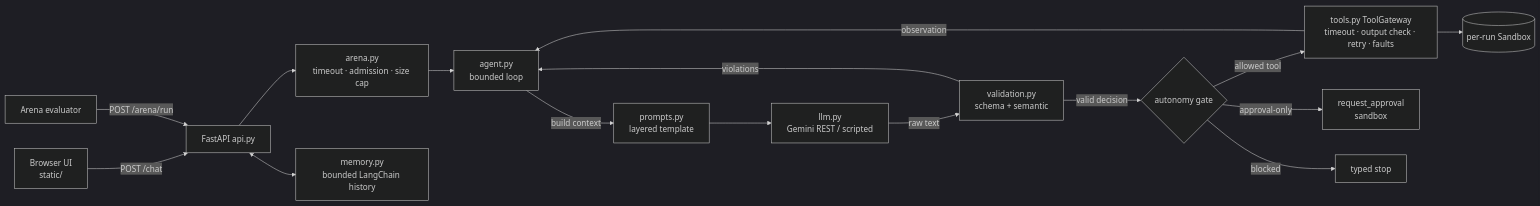
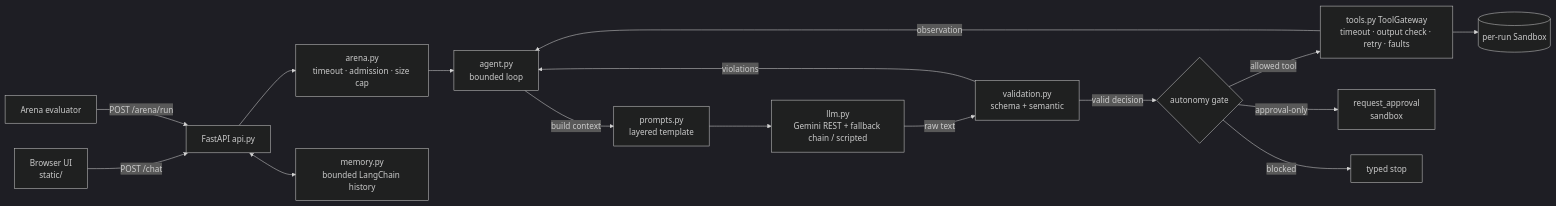
One commit to awwab-03/ticketpilot-agent-arena changed the diagram in README.md. Above: the diagram before and after it, drawn with Mermaid (dark theme). The commit also changed other lines of this file and 11 other files, not shown here.

First line of the commit message:
Switch default to gemini-3.5-flash-lite with quota fallback chain

````diff
--- a/README.md
+++ b/README.md
@@ -49,18 +49,18 @@
 ```mermaid
 flowchart LR
     UI[Browser UI<br/>static/] -->|POST /chat| API
     EV[Arena evaluator] -->|POST /arena/run| API[FastAPI api.py]
     API --> AR[arena.py<br/>timeout · admission · size cap]
     AR --> AG[agent.py<br/>bounded loop]
     AG -->|build context| PR[prompts.py<br/>layered template]
-    PR --> LLM[llm.py<br/>Gemini REST / scripted]
+    PR --> LLM[llm.py<br/>Gemini REST + fallback chain / scripted]
     LLM -->|raw text| VA[validation.py<br/>schema + semantic]
     VA -->|valid decision| GATE{autonomy gate}
     VA -->|violations| AG
     GATE -->|allowed tool| GW[tools.py ToolGateway<br/>timeout · output check · retry · faults]
     GATE -->|approval-only| APR[request_approval<br/>sandbox]
     GATE -->|blocked| STOP[typed stop]
     GW --> SB[(per-run Sandbox)]
     GW -->|observation| AG
     API <--> MEM[memory.py<br/>bounded LangChain history]
 ```
````
